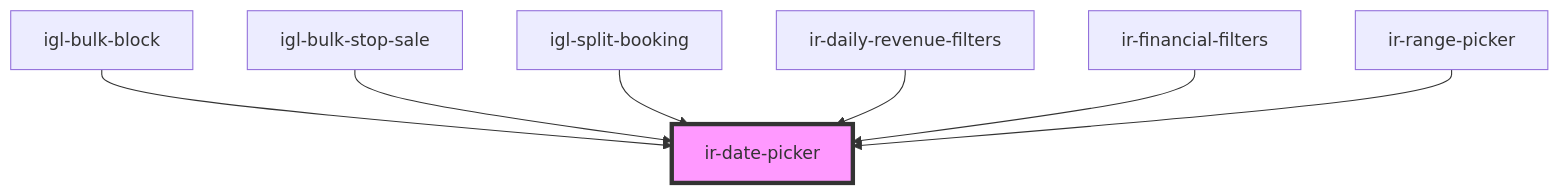
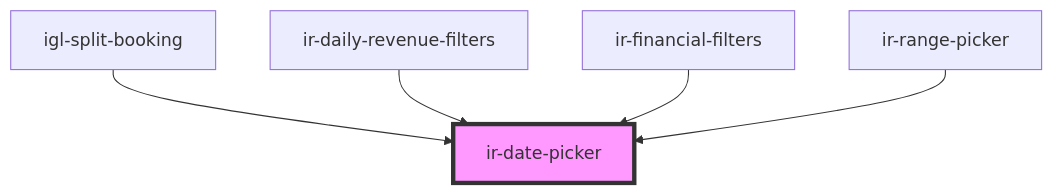
The diagram in src/components/ui/ir-date-picker/readme.md (RonyRizk/ir-webcmp), drawn with Mermaid before and after one commit. The commit also changed other lines of this file and 32 other files, not shown here.

````diff
--- a/src/components/ui/ir-date-picker/readme.md
+++ b/src/components/ui/ir-date-picker/readme.md
@@ -75,10 +73,8 @@
 ```mermaid
 graph TD;
-  igl-bulk-block --> ir-date-picker
-  igl-bulk-stop-sale --> ir-date-picker
   igl-split-booking --> ir-date-picker
   ir-daily-revenue-filters --> ir-date-picker
   ir-financial-filters --> ir-date-picker
   ir-range-picker --> ir-date-picker
   style ir-date-picker fill:#f9f,stroke:#333,stroke-width:4px
 ```
````
